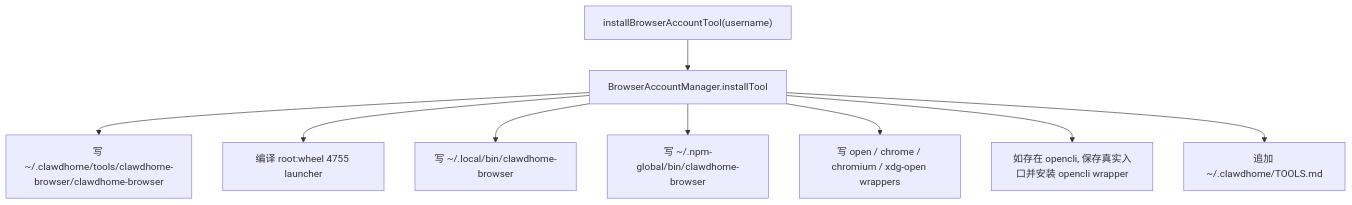
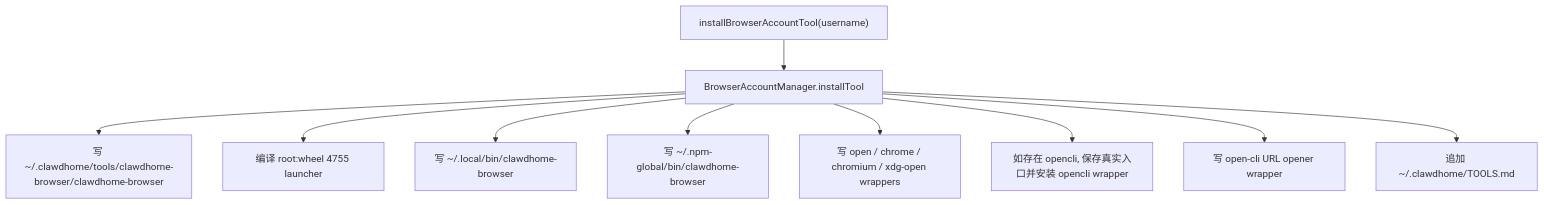
One commit to ThinkInAIXYZ/clawdhome changed the second of 3 diagrams in docs/browser-account-technical-spec.md. Above: the diagram before and after it, drawn with Mermaid. The commit also changed other lines of this file and 10 other files, not shown here.

````diff
--- a/docs/browser-account-technical-spec.md
+++ b/docs/browser-account-technical-spec.md
@@ -113,11 +115,12 @@
 ```mermaid
 flowchart TD
     A["installBrowserAccountTool(username)"] --> B["BrowserAccountManager.installTool"]
     B --> C["写 ~/.clawdhome/tools/clawdhome-browser/clawdhome-browser"]
     B --> D["编译 root:wheel 4755 launcher"]
     B --> E["写 ~/.local/bin/clawdhome-browser"]
     B --> F["写 ~/.npm-global/bin/clawdhome-browser"]
     B --> G["写 open / chrome / chromium / xdg-open wrappers"]
     B --> H["如存在 opencli, 保存真实入口并安装 opencli wrapper"]
-    B --> I["追加 ~/.clawdhome/TOOLS.md"]
+    B --> I["写 open-cli URL opener wrapper"]
+    B --> J["追加 ~/.clawdhome/TOOLS.md"]
 ```
````
